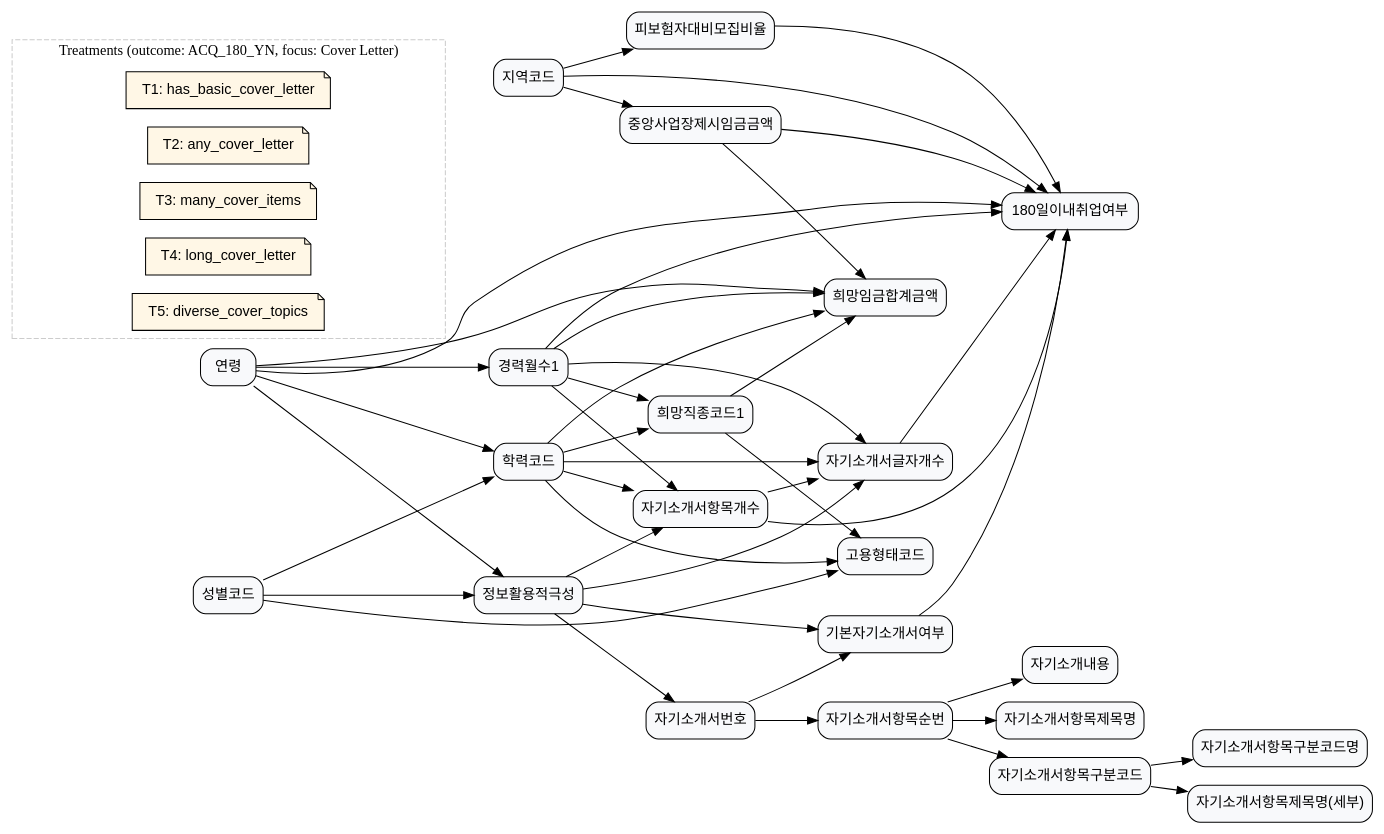
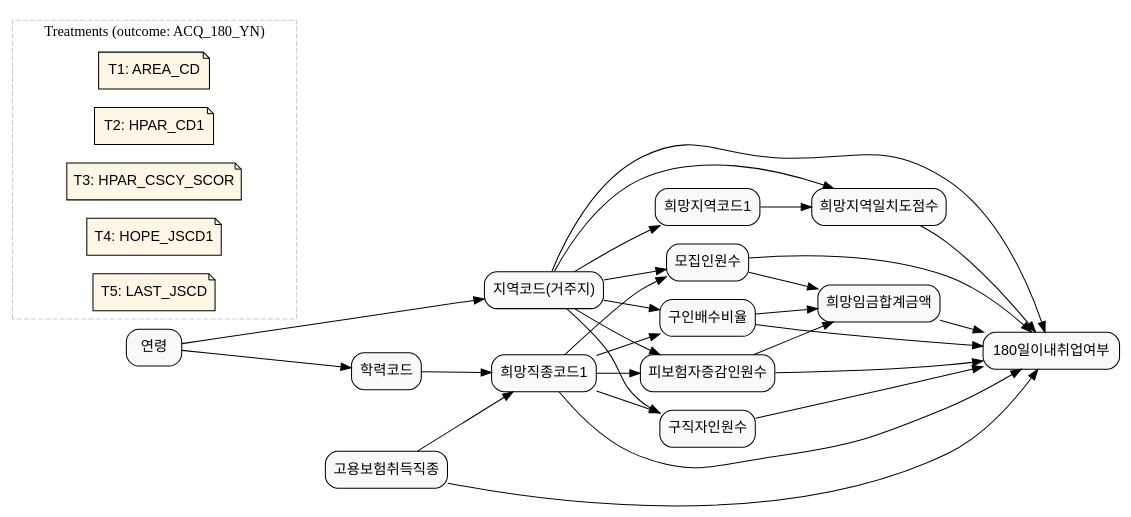
Before and after one commit to KU-LIM-Lab/dowhy-deep: the diagram in laborlab/data/graph_data/graph_3.dot, drawn with Graphviz. The commit also changed 19 other files, not shown here.

Commit message:
graph updated and added

```diff
--- a/laborlab/data/graph_data/graph_3.dot
+++ b/laborlab/data/graph_data/graph_3.dot
@@ -1,163 +1,111 @@
 digraph {
     rankdir=LR;
     node [shape=box, style="rounded,filled", fillcolor="#F8F9FB", fontname="Helvetica"];
 
-    // ==== 노드 라벨 정의 (Outcome + 기본 배경) ====
-    ACQ_180_YN                  [label="180일이내취업여부"];
-    AGE                         [label="연령"];
-    SXDS_CD                     [label="성별코드"];
-    ACCR_CD                     [label="학력코드"];
-    CARR_MYCT1                  [label="경력월수1"];
-    AREA_CD                     [label="지역코드"];
-    AGREE_LEVEL                 [label="정보활용적극성"];
+    ACQ_180_YN      [label="180일이내취업여부"];
+    AREA_CD         [label="지역코드(거주지)"];
+    HPAR_CD1        [label="희망지역코드1"];
+    HPAR_CSCY_SCOR  [label="희망지역일치도점수"];
+    HOPE_JSCD1      [label="희망직종코드1"];
+    LAST_JSCD       [label="고용보험취득직종"];
 
-    // ==== 자기소개서 관련 변수 (structured + cover_letter) ====
-    SFID_IEM_NUM                [label="자기소개서항목개수"];         // structured
-    SFID_LTTR_NUM               [label="자기소개서글자개수"];         // structured
-    SFID_NO                     [label="자기소개서번호"];             // cover_letter
-    BASS_SFID_YN                [label="기본자기소개서여부"];         // cover_letter
-    SFID_IEM_SN                 [label="자기소개서항목순번"];         // cover_letter
-    SFID_SJNM                   [label="자기소개서항목제목명"];       // cover_letter
-    SFID_IEM_SECD               [label="자기소개서항목구분코드"];     // cover_letter
-    DS_SFID_IEM_SECD            [label="자기소개서항목구분코드명"];   // cover_letter
-    SFID_IEM_SJNM               [label="자기소개서항목제목명(세부)"]; // cover_letter (설명용)
-    SELF_INTRO_CONT             [label="자기소개내용"];               // cover_letter
+    IPS_IRDS_NMPR   [label="피보험자증감인원수"];
+    JBHT_NMPR       [label="구직자인원수"];
+    RCIT_NMPR       [label="모집인원수"];
+    JO_DRNG_RATE    [label="구인배수비율"];
+    HOPE_WAGE_SM_AMT [label="희망임금합계금액"];
 
-    // ==== 기타 취업 관련 변수 (약간만 포함) ====
-    EMPL_STLE_CD                [label="고용형태코드"];
-    HOPE_JSCD1                  [label="희망직종코드1"];
-    HOPE_WAGE_SM_AMT            [label="희망임금합계금액"];
-    NTR_BPLC_PSNT_WAGE_AMT      [label="중앙사업장제시임금금액"];
-    IPS_VS_RCIT_RATE            [label="피보험자대비모집비율"];
+    AGE             [label="연령"];
+    ACCR_CD         [label="학력코드"];
 
-    // ============================================================
-    // ==== Treatment definitions (메타데이터용 노드) ==============
-    // role="treatment_meta"로 태깅한 노드에 treatment 정보를 저장한다.
-    // 파이프라인에서 pygraphviz로 읽어 DoWhy/TabPFN에 넘길 때 사용.
+    // 인과관계
+    AGE     -> ACCR_CD;
+    AGE     -> AREA_CD;
 
+    ACCR_CD -> HOPE_JSCD1;
+
+    LAST_JSCD -> HOPE_JSCD1;
+    LAST_JSCD -> ACQ_180_YN;
+
+    AREA_CD    -> HPAR_CD1;
+    AREA_CD    -> HPAR_CSCY_SCOR;
+
+    HPAR_CD1   -> HPAR_CSCY_SCOR;
+
+    AREA_CD    -> IPS_IRDS_NMPR;
+    AREA_CD    -> JBHT_NMPR;
+    AREA_CD    -> RCIT_NMPR;
+    AREA_CD    -> JO_DRNG_RATE;
+
+    HOPE_JSCD1 -> IPS_IRDS_NMPR;
+    HOPE_JSCD1 -> JBHT_NMPR;
+    HOPE_JSCD1 -> RCIT_NMPR;
+    HOPE_JSCD1 -> JO_DRNG_RATE;
+
+    IPS_IRDS_NMPR   -> HOPE_WAGE_SM_AMT;
+    RCIT_NMPR       -> HOPE_WAGE_SM_AMT;
+    JO_DRNG_RATE    -> HOPE_WAGE_SM_AMT;
+
+    HPAR_CSCY_SCOR  -> ACQ_180_YN;
+    IPS_IRDS_NMPR   -> ACQ_180_YN;
+    JBHT_NMPR       -> ACQ_180_YN;
+    RCIT_NMPR       -> ACQ_180_YN;
+    JO_DRNG_RATE    -> ACQ_180_YN;
+
+    AREA_CD         -> ACQ_180_YN;
+    HOPE_JSCD1      -> ACQ_180_YN;
+    HOPE_WAGE_SM_AMT-> ACQ_180_YN;
+
+    // Treatments
     subgraph cluster_treatments {
-        label="Treatments (outcome: ACQ_180_YN, focus: Cover Letter)";
+        label="Treatments (outcome: ACQ_180_YN)";
         style=dashed;
         color="#CCCCCC";
         node [shape=note, style="rounded,filled", fillcolor="#FFF7E6", fontname="Helvetica"];
 
-        // T1: 기본 자기소개서 보유 여부 (대표 자기소개서 설정)
         T1 [
-            label="T1: has_basic_cover_letter",
+            label="T1: AREA_CD",
             role="treatment_meta",
-            treatment_var="BASS_SFID_YN",
-            treatment_name="has_basic_cover_letter",
-            treatment_def="BASS_SFID_YN == 1 (기본 자기소개서를 보유한 구직자)",
-            treatment_question="기본(대표) 자기소개서를 보유한 구직자는 그렇지 않은 구직자보다 6개월 이내 취업 확률이 얼마나 높은가?"
+            treatment_var="AREA_CD",
+            treatment_name="AREA_CD",
+            treatment_def="거주지역코드 차이의 효과",
+            treatment_question="거주지역이 다른 구직자 간 6개월 내 취업 확률 차이?"
         ];
 
-        // T2: 자기소개서 작성 여부 (아예 작성했는지)
         T2 [
-            label="T2: any_cover_letter",
+            label="T2: HPAR_CD1",
             role="treatment_meta",
-            treatment_var="SFID_IEM_NUM",
-            treatment_name="any_cover_letter",
-            treatment_def="SFID_IEM_NUM > 0 (하나 이상의 자기소개서 항목을 작성한 경우)",
-            treatment_question="자기소개서를 한 항목이라도 작성한 구직자는 자기소개서를 전혀 작성하지 않은 구직자보다 6개월 이내 취업 확률이 얼마나 높은가?"
+            treatment_var="HPAR_CD1",
+            treatment_name="HPAR_CD1",
+            treatment_def="희망지역 선택 차이의 효과",
+            treatment_question="희망지역이 다른 구직자 간 6개월 내 취업 확률 차이?"
         ];
 
-        // T3: 자기소개서 항목 수가 많은 구직자
         T3 [
-            label="T3: many_cover_items",
+            label="T3: HPAR_CSCY_SCOR",
             role="treatment_meta",
-            treatment_var="SFID_IEM_NUM",
-            treatment_name="many_cover_items",
-            treatment_def="SFID_IEM_NUM가 분포 상위 분위(예: 상위 30%)에 해당하면 1, 그 외 0",
-            treatment_question="자기소개서 항목을 많이 작성한 구직자는 항목 수가 적은 구직자보다 6개월 이내 취업 확률이 얼마나 높은가?"
+            treatment_var="HPAR_CSCY_SCOR",
+            treatment_name="HPAR_CSCY_SCOR",
+            treatment_def="희망지역일치도점수 수준 차이의 효과",
+            treatment_question="거주지-희망지역 일치도가 높은 사람과 낮은 사람의 6개월 내 취업 확률 차이?"
         ];
 
-        // T4: 자기소개서 글자 수가 긴 구직자
         T4 [
-            label="T4: long_cover_letter",
+            label="T4: HOPE_JSCD1",
             role="treatment_meta",
-            treatment_var="SFID_LTTR_NUM",
-            treatment_name="long_cover_letter",
-            treatment_def="SFID_LTTR_NUM이 분포 상위 분위(예: 상위 30%)에 해당하면 1, 그 외 0",
-            treatment_question="자기소개서 분량(글자 수)이 많은 구직자는 분량이 짧은 구직자보다 6개월 이내 취업 확률이 얼마나 높은가?"
+            treatment_var="HOPE_JSCD1",
+            treatment_name="HOPE_JSCD1",
+            treatment_def="희망직종코드 선택 차이의 효과",
+            treatment_question="희망직종이 다른 구직자 간 6개월 내 취업 확률 차이?"
         ];
 
-        // T5: 자기소개서 항목 구분의 다양성이 높은 구직자
         T5 [
-            label="T5: diverse_cover_topics",
+            label="T5: LAST_JSCD",
             role="treatment_meta",
-            treatment_var="SFID_IEM_SECD",
-            treatment_name="diverse_cover_topics",
-            treatment_def="개인별 고유 SFID_IEM_SECD의 개수(항목구분 종류 수)가 상위 분위(예: 상위 30%)이면 1, 그 외 0",
-            treatment_question="자기소개서에서 다양한 항목(성격, 경험, 지원동기 등)을 골고루 다룬 구직자는 그렇지 않은 구직자보다 6개월 이내 취업 확률이 얼마나 높은가?"
+            treatment_var="LAST_JSCD",
+            treatment_name="LAST_JSCD",
+            treatment_def="과거 취득직종 차이의 효과",
+            treatment_question="이전 취득 직종이 다른 구직자 간 6개월 내 취업 확률 차이?"
         ];
     }
-
-    // ============================================================
-    // ==== Causal structure (DAG for Cover Letter quality) =======
-
-    // --- 인구학적/배경 변수 ---
-    SXDS_CD -> ACCR_CD;                    // 성별에 따라 학력 경로가 달라질 수 있음
-    SXDS_CD -> AGREE_LEVEL;                // 성별에 따른 정보 활용/동의 행태 차이
-    SXDS_CD -> EMPL_STLE_CD;               // 성별에 따른 고용형태 차별/선호
-
-    AGE -> ACCR_CD;                        // 나이가 많을수록 높은 학력일 가능성
-    AGE -> CARR_MYCT1;                     // 나이가 많을수록 경력월수 증가
-    AGE -> HOPE_WAGE_SM_AMT;               // 연령이 높을수록 희망임금 증가
-    AGE -> AGREE_LEVEL;                    // 연령대에 따라 온라인 정보 활용 태도 차이
-    AGE -> ACQ_180_YN;                     // 연령에 따른 취업확률 차이
-
-    AREA_CD -> NTR_BPLC_PSNT_WAGE_AMT;     // 지역에 따라 제시임금 수준 차이
-    AREA_CD -> IPS_VS_RCIT_RATE;           // 지역별 모집비율 차이
-    AREA_CD -> ACQ_180_YN;                 // 지역 노동시장 여건 차이
-
-    ACCR_CD -> HOPE_JSCD1;                 // 학력에 따라 선택 가능한 직종이 달라짐
-    ACCR_CD -> HOPE_WAGE_SM_AMT;           // 학력이 높을수록 희망임금 상향
-    ACCR_CD -> EMPL_STLE_CD;               // 학력에 따라 정규/비정규 고용형태 분포가 다름
-
-    CARR_MYCT1 -> HOPE_JSCD1;              // 경력 직종에 머무를 가능성
-    CARR_MYCT1 -> HOPE_WAGE_SM_AMT;        // 경력이 많을수록 희망임금 증가
-    CARR_MYCT1 -> ACQ_180_YN;              // 경력 자체가 취업 가능성에 직접 영향
-
-    // --- 직종/임금/노동시장 구조 ---
-    HOPE_JSCD1 -> HOPE_WAGE_SM_AMT;        // 직종 수준이 희망임금에 영향
-    HOPE_JSCD1 -> EMPL_STLE_CD;            // 직종에 따라 고용형태(상용직/단기직 등) 달라짐
-
-    NTR_BPLC_PSNT_WAGE_AMT -> HOPE_WAGE_SM_AMT; // 시장에서 제시되는 임금 수준이 개인의 희망임금에 영향
-    NTR_BPLC_PSNT_WAGE_AMT -> ACQ_180_YN;       // 제시임금 수준이 너무 낮거나 높으면 매칭 실패 가능
-
-    IPS_VS_RCIT_RATE -> ACQ_180_YN;        // 모집비율이 높을수록 취업 가능성이 증가
-
-    // --- 정보활용 및 자기소개서 작성 행동 ---
-    AGREE_LEVEL -> SFID_NO;                // 정보활용에 적극적인 사람일수록 자기소개서를 만들 가능성이 높음
-    AGREE_LEVEL -> BASS_SFID_YN;           // 기본자기소개서를 등록할 가능성
-    AGREE_LEVEL -> SFID_IEM_NUM;           // 항목을 더 많이 채울 가능성
-    AGREE_LEVEL -> SFID_LTTR_NUM;          // 전체 분량도 많아질 가능성
-
-    ACCR_CD -> SFID_IEM_NUM;               // 학력이 높을수록 자기소개서를 더 구조화해서 작성할 가능성
-    ACCR_CD -> SFID_LTTR_NUM;              // 학력이 높을수록 분량/서술이 길어질 수 있음
-
-    CARR_MYCT1 -> SFID_IEM_NUM;            // 경력 많은 사람은 쓸 이야기(항목)가 많음
-    CARR_MYCT1 -> SFID_LTTR_NUM;           // 경력 서술로 인해 분량 증가
-
-    // --- 자기소개서 구조 -> 내용 -> 취업 ---
-    SFID_NO -> BASS_SFID_YN;               // 자기소개서가 있어야 기본 자기소개서로 설정 가능
-    SFID_NO -> SFID_IEM_SN;                // 한 자기소개서 내 여러 항목 순번
-    SFID_IEM_SN -> SFID_SJNM;              // 순번별 항목 제목
-    SFID_IEM_SN -> SFID_IEM_SECD;          // 순번별 항목 구분코드
-    SFID_IEM_SN -> SELF_INTRO_CONT;        // 각 항목의 실제 내용
-
-    SFID_IEM_SECD -> DS_SFID_IEM_SECD;     // 코드에 대응하는 한글 항목명
-    SFID_IEM_SECD -> SFID_IEM_SJNM;        // 세부 항목 제목과도 연결
-
-    // 항목 개수와 글자수는 셀프 컨텐츠의 집계치로 이해
-    SFID_IEM_NUM -> SFID_LTTR_NUM;         // 항목 수가 많을수록 전체 글자 수도 많아짐
-
-    // 자기소개서 구조/분량이 서류 평가와 취업 여부에 영향을 준다고 가정
-    BASS_SFID_YN -> ACQ_180_YN;            // 기본 자기소개서를 가지고 있으면 서류 평가에 유리할 수 있음
-    SFID_IEM_NUM -> ACQ_180_YN;            // 항목 구성(구조화 정도)이 취업 가능성에 영향
-    SFID_LTTR_NUM -> ACQ_180_YN;           // 자기소개서 분량이 너무 짧거나 지나치게 길면 불리/유리하게 작용
-
-    // 항목 내용(SELF_INTRO_CONT) 자체는 텍스트 분석으로 품질을 측정할 수 있지만,
-    // 여기서는 구조적 프록시(SFID_IEM_NUM, SFID_LTTR_NUM, 항목구분 다양성 등)를 통해
-    // 서류 품질이 ACQ_180_YN에 미치는 효과를 식별하고자 함.
 }
```
